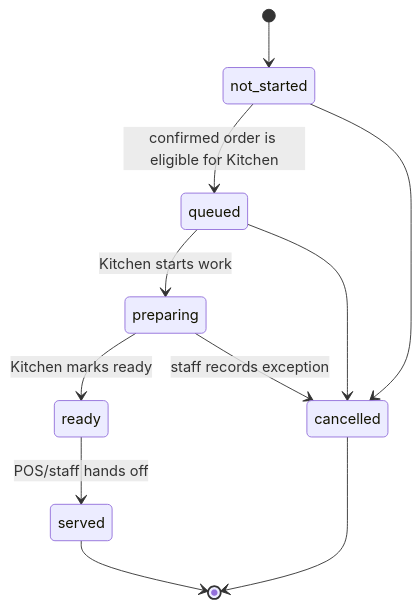
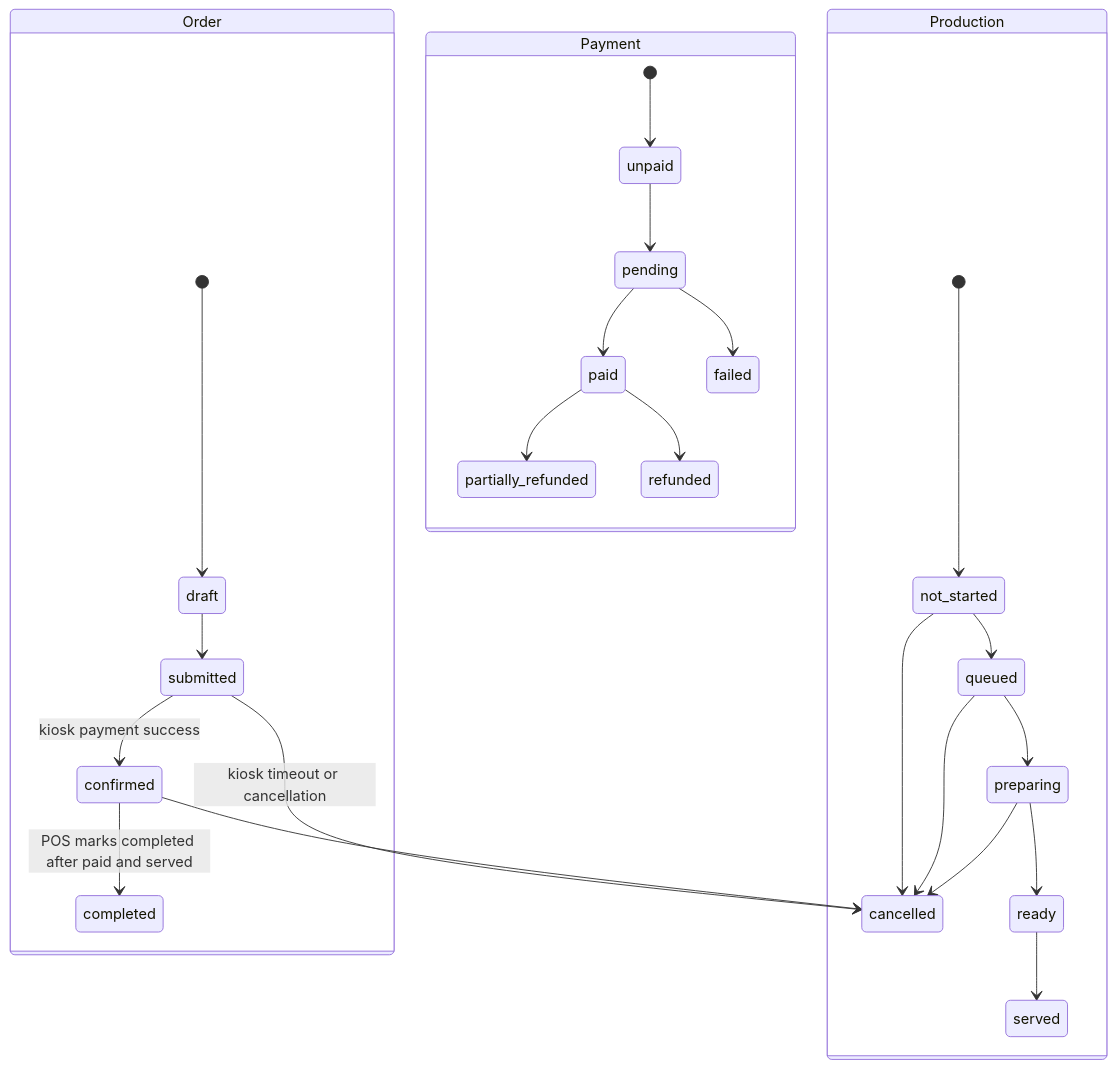
The diagram in docs/order/ORDER_STATE_MACHINE.md (lighthousefood0508-wq/island-operations-assistant), drawn with Mermaid before and after one commit. The commit also changed other lines of this file and 20 other files, not shown here.

````diff
--- a/docs/order/ORDER_STATE_MACHINE.md
+++ b/docs/order/ORDER_STATE_MACHINE.md
@@ -36,13 +5,29 @@
 ```mermaid
 stateDiagram-v2
-  [*] --> not_started
-  not_started --> queued: confirmed order is eligible for Kitchen
-  queued --> preparing: Kitchen starts work
-  preparing --> ready: Kitchen marks ready
-  ready --> served: POS/staff hands off
-  not_started --> cancelled
-  queued --> cancelled
-  preparing --> cancelled: staff records exception
-  served --> [*]
-  cancelled --> [*]
+  state "Order" as O {
+    [*] --> draft
+    draft --> submitted
+    submitted --> confirmed: kiosk payment success
+    submitted --> cancelled: kiosk timeout or cancellation
+    confirmed --> completed: POS marks completed after paid and served
+    confirmed --> cancelled
+  }
+  state "Payment" as P {
+    [*] --> unpaid
+    unpaid --> pending
+    pending --> paid
+    pending --> failed
+    paid --> partially_refunded
+    paid --> refunded
+  }
+  state "Production" as R {
+    [*] --> not_started
+    not_started --> queued
+    queued --> preparing
+    preparing --> ready
+    ready --> served
+    not_started --> cancelled
+    queued --> cancelled
+    preparing --> cancelled
+  }
 ```
````
